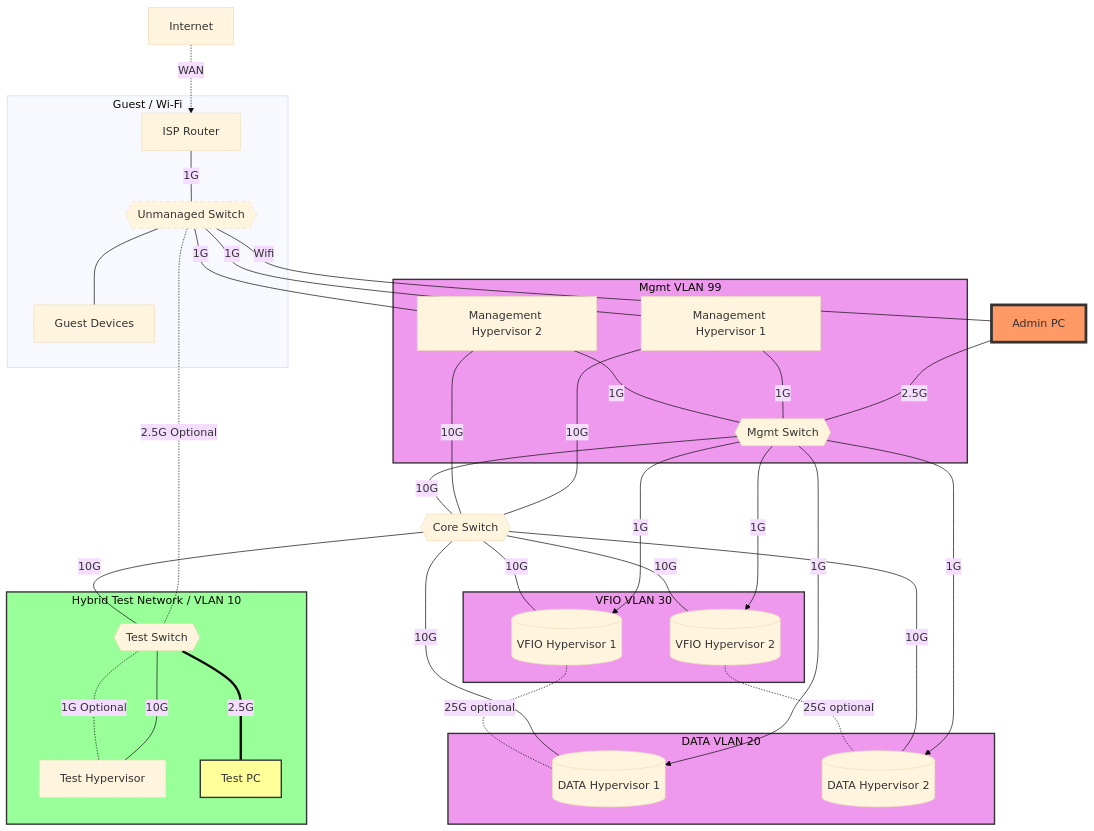
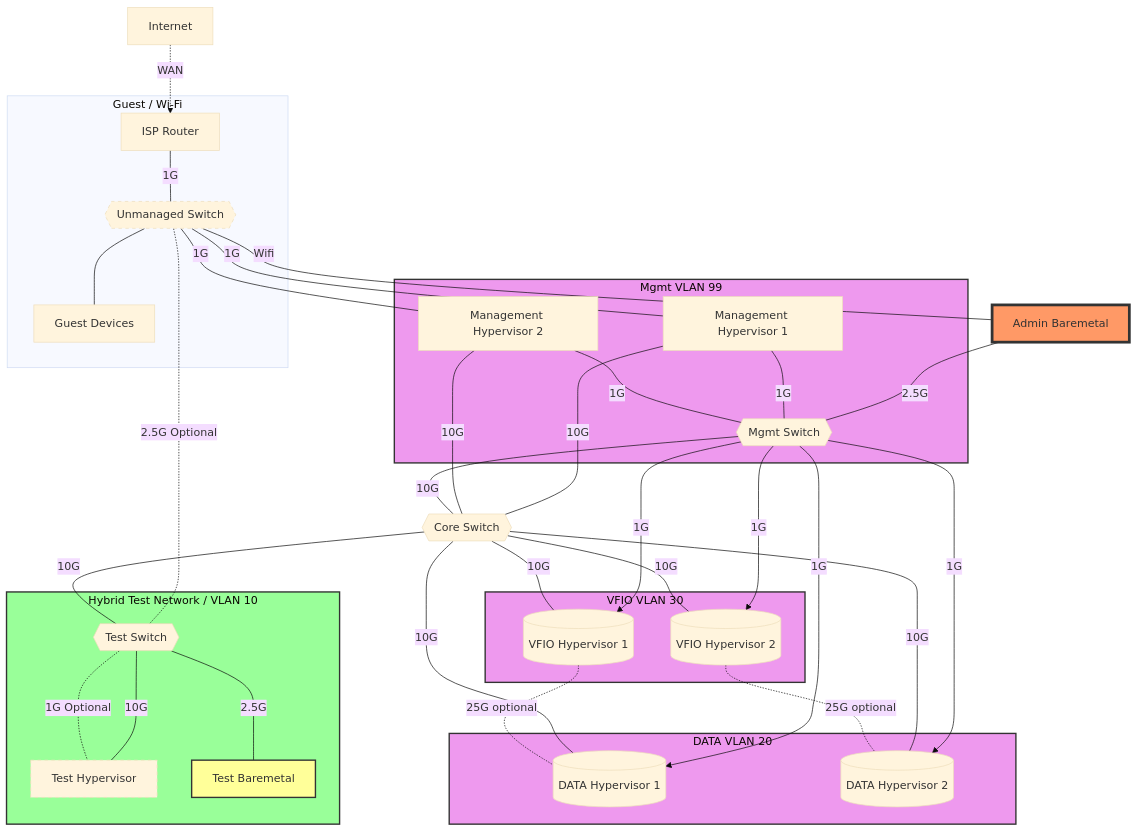
The diagram in alp/netop4.md (woeiru/lab), drawn with Mermaid (base theme) before and after one commit.

Commit message:
standard

````diff
--- a/alp/netop4.md
+++ b/alp/netop4.md
@@ -3,78 +3,78 @@
 ```mermaid
 graph TD
     INT[Internet] -.-> |WAN| ISPR[ISP Router]
     ISPR --- |"1G"| US{{Unmanaged Switch}}
     US --- GD[Guest Devices]
     US ---|1G| MH1[Management Hypervisor 1]
     US ---|1G| MH2[Management Hypervisor 2]
     US -.-|"2.5G Optional"| TS{{Test Switch}}
 
-    US ---|"Wifi"| AP[Admin PC]
+    US ---|"Wifi"| AP[Admin Baremetal]
     AP ---|"2.5G"| MS{{Mgmt Switch}}
 
     MH1 ---|"1G"| MS
     MH2 ---|"1G"| MS
     MH1 ---|"10G"| CS{{Core Switch}}
     MH2 ---|"10G"| CS
 
     MS ---|"10G"| CS
     MS --->|"1G"| DH1
     MS --->|"1G"| DH2
     MS --->|"1G"| VH1
     MS --->|"1G"| VH2
 
     CS ---|"10G"| DH1[(DATA Hypervisor 1)]
     CS ---|"10G"| DH2[(DATA Hypervisor 2)]
     CS ---|"10G"| VH1[(VFIO Hypervisor 1)]
     CS ---|"10G"| VH2[(VFIO Hypervisor 2)]
 
     VH1 -.-|"25G optional"| DH1
     VH2 -.-|"25G optional"| DH2
 
     CS ---|"10G"| TS
     TS ---|"10G"| TH[Test Hypervisor]
     TS -.-|"1G Optional"| TH
-    TS ===|"2.5G"| TM[Test PC]
+    TS ---|"2.5G"| TM[Test Baremetal]
 
     subgraph VLAN20 [DATA VLAN 20]
         DH1
         DH2
     end
     subgraph VLAN30 [VFIO VLAN 30]
         VH1
         VH2
     end
     subgraph VLAN10 [Hybrid Test Network / VLAN 10]
         TS
         TH
         TM
     end
     subgraph VLAN99 [Mgmt VLAN 99]
         MH1
         MH2
         MS
     end
     subgraph Guest [Guest / Wi-Fi]
         ISPR
         GD
         US
     end
 
     classDef vlan fill:#f9f,stroke:#333,stroke-width:2px;
     class VLAN20,VLAN30,VLAN99 vlan;
 
     classDef vlan fill:#e9e,stroke:#333,stroke-width:2px;
     class VLAN99 vlan;
 
     classDef hybridtestnet fill:#9f9,stroke:#333,stroke-width:2px;
     class VLAN10 hybridtestnet;
 
     classDef optional stroke-dasharray: 5 5;
     class US,TH optional;
 
     classDef adminpc fill:#f96,stroke:#333,stroke-width:4px;
     class AP adminpc;
 
     classDef testmachine fill:#ff9,stroke:#333,stroke-width:2px;
     class TM testmachine;
 ```
````
